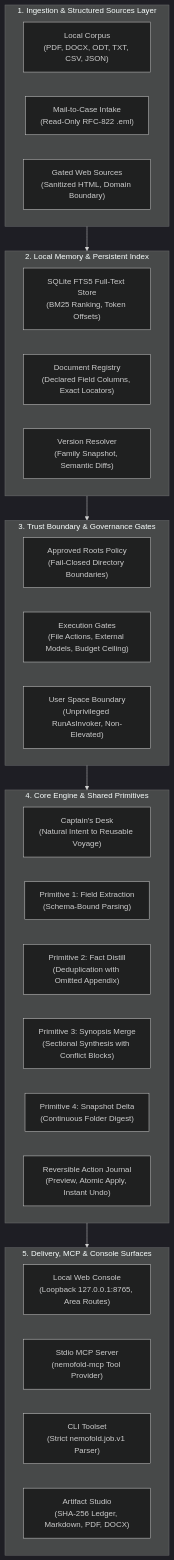
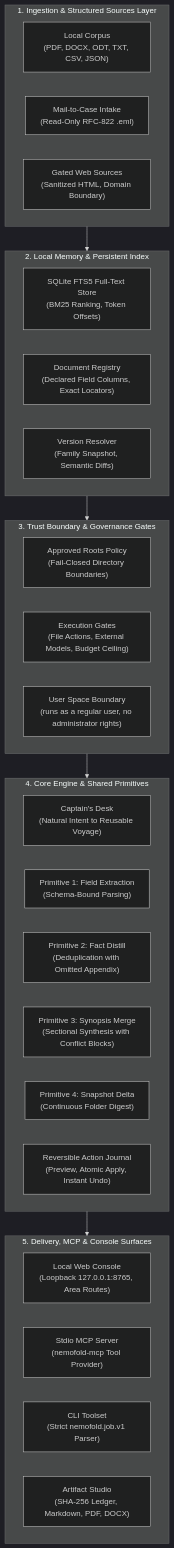
The first of 2 diagrams in README.md (ellmos-ai/NemoFold), drawn with Mermaid (dark theme) before and after one commit. The commit also changed other lines of this file and 10 other files, not shown here.

````diff
--- a/README.md
+++ b/README.md
@@ -95,41 +92,41 @@
 ```mermaid
 flowchart TB
     subgraph Intake["1. Ingestion & Structured Sources Layer"]
         DOCS["Local Corpus<br/>(PDF, DOCX, ODT, TXT, CSV, JSON)"]
         MAILS["Mail-to-Case Intake<br/>(Read-Only RFC-822 .eml)"]
         WEB["Gated Web Sources<br/>(Sanitized HTML, Domain Boundary)"]
     end
 
     subgraph Memory["2. Local Memory & Persistent Index"]
         FTS["SQLite FTS5 Full-Text Store<br/>(BM25 Ranking, Token Offsets)"]
         REG["Document Registry<br/>(Declared Field Columns, Exact Locators)"]
         RESOLV["Version Resolver<br/>(Family Snapshot, Semantic Diffs)"]
     end
 
     subgraph Governance["3. Trust Boundary & Governance Gates"]
         ROOTS["Approved Roots Policy<br/>(Fail-Closed Directory Boundaries)"]
         GATES["Execution Gates<br/>(File Actions, External Models, Budget Ceiling)"]
-        RUNAS["User Space Boundary<br/>(Unprivileged RunAsInvoker, Non-Elevated)"]
+        RUNAS["User Space Boundary<br/>(runs as a regular user, no administrator rights)"]
     end
 
     subgraph CoreEngine["4. Core Engine & Shared Primitives"]
         DESK["Captain's Desk<br/>(Natural Intent to Reusable Voyage)"]
         PRIM1["Primitive 1: Field Extraction<br/>(Schema-Bound Parsing)"]
         PRIM2["Primitive 2: Fact Distill<br/>(Deduplication with Omitted Appendix)"]
         PRIM3["Primitive 3: Synopsis Merge<br/>(Sectional Synthesis with Conflict Blocks)"]
         PRIM4["Primitive 4: Snapshot Delta<br/>(Continuous Folder Digest)"]
         JOURNAL["Reversible Action Journal<br/>(Preview, Atomic Apply, Instant Undo)"]
     end
 
     subgraph Surfaces["5. Delivery, MCP & Console Surfaces"]
         WEBAPP["Local Web Console<br/>(Loopback 127.0.0.1:8765, Area Routes)"]
         MCPSRV["Stdio MCP Server<br/>(nemofold-mcp Tool Provider)"]
         CLI["CLI Toolset<br/>(Strict nemofold.job.v1 Parser)"]
         REPORTS["Artifact Studio<br/>(SHA-256 Ledger, Markdown, PDF, DOCX)"]
     end
 
     Intake --> Memory
     Memory --> Governance
     Governance --> CoreEngine
     CoreEngine --> Surfaces
 ```
````
